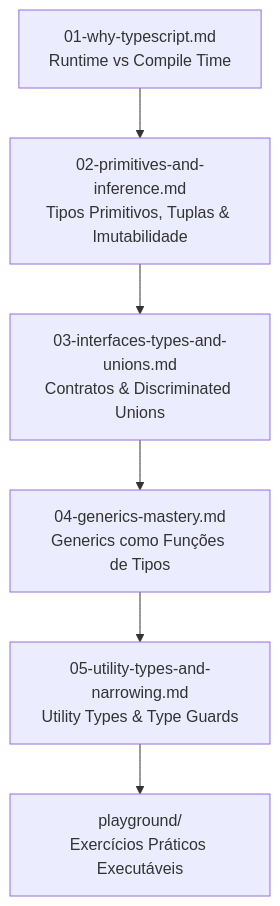
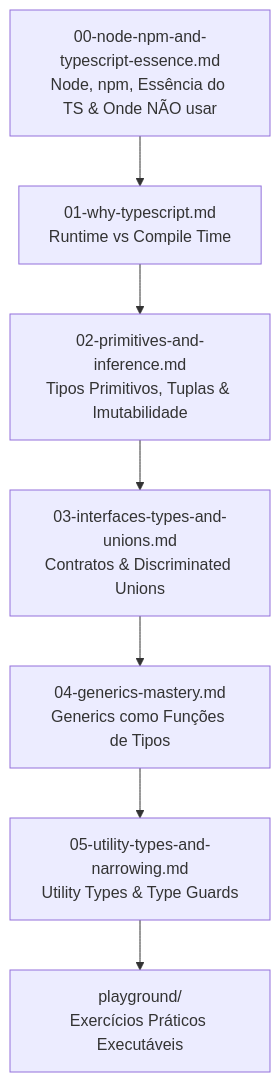
The diagram in 01-fundamentals/README.md (ChristopherMarques/typescript-hub), drawn with Mermaid before and after one commit. The commit also changed other lines of this file and 3 other files, not shown here.

Commit message:
feat(fundamentals): add guide on Node, npm, TypeScript essence and when not to use TS

````diff
--- a/01-fundamentals/README.md
+++ b/01-fundamentals/README.md
@@ -11,8 +11,9 @@
 ```mermaid
 flowchart TD
-    A["01-why-typescript.md<br/>Runtime vs Compile Time"] --> B["02-primitives-and-inference.md<br/>Tipos Primitivos, Tuplas & Imutabilidade"]
+    Start["00-node-npm-and-typescript-essence.md<br/>Node, npm, Essência do TS & Onde NÃO usar"] --> A["01-why-typescript.md<br/>Runtime vs Compile Time"]
+    A --> B["02-primitives-and-inference.md<br/>Tipos Primitivos, Tuplas & Imutabilidade"]
     B --> C["03-interfaces-types-and-unions.md<br/>Contratos & Discriminated Unions"]
     C --> D["04-generics-mastery.md<br/>Generics como Funções de Tipos"]
     D --> E["05-utility-types-and-narrowing.md<br/>Utility Types & Type Guards"]
     E --> F["playground/<br/>Exercícios Práticos Executáveis"]
 ```
````
